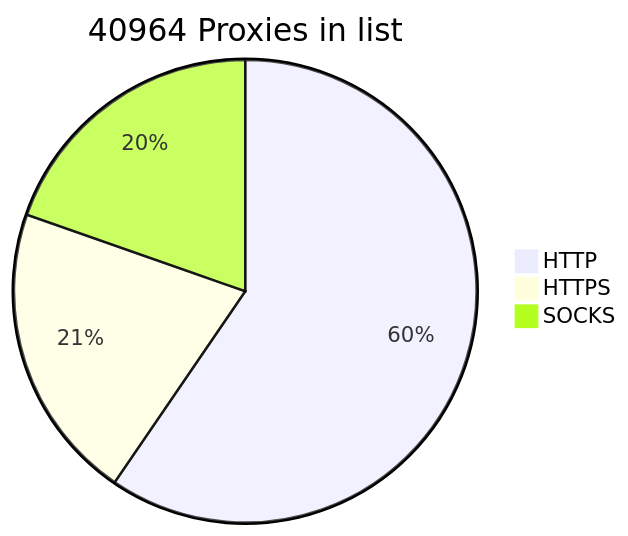
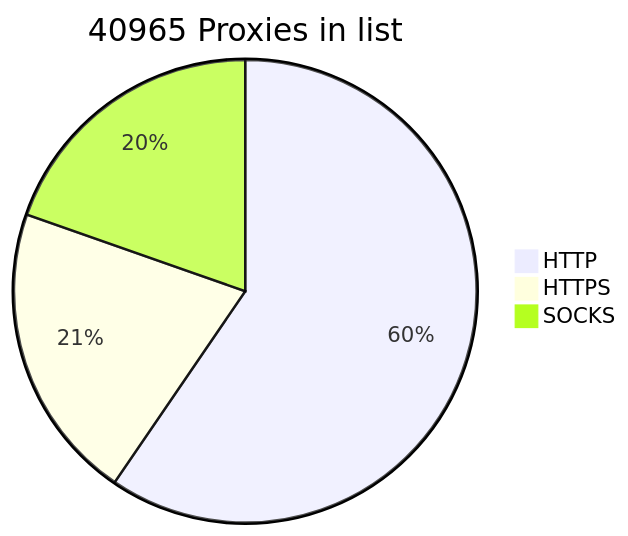
The diagram in README.md (BlackSnowDot/proxylist-update-every-minute), drawn with Mermaid before and after one commit.

````diff
--- a/README.md
+++ b/README.md
@@ -2,6 +2,6 @@
 ```mermaid
-pie title 40964 Proxies in list
-    "HTTP" : 28363
-    "HTTPS": 9920
-    "SOCKS" : 9352
+pie title 40965 Proxies in list
+    "HTTP" : 28365
+    "HTTPS": 9921
+    "SOCKS" : 9351
 ```
````
